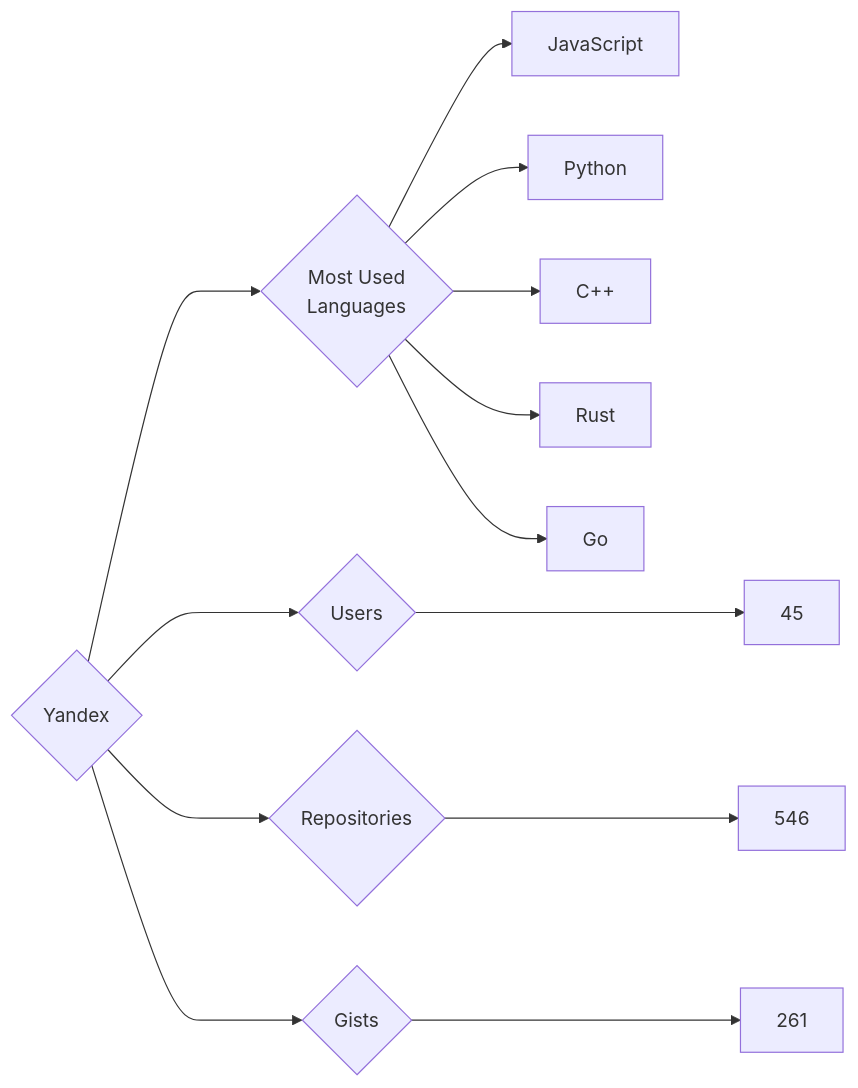
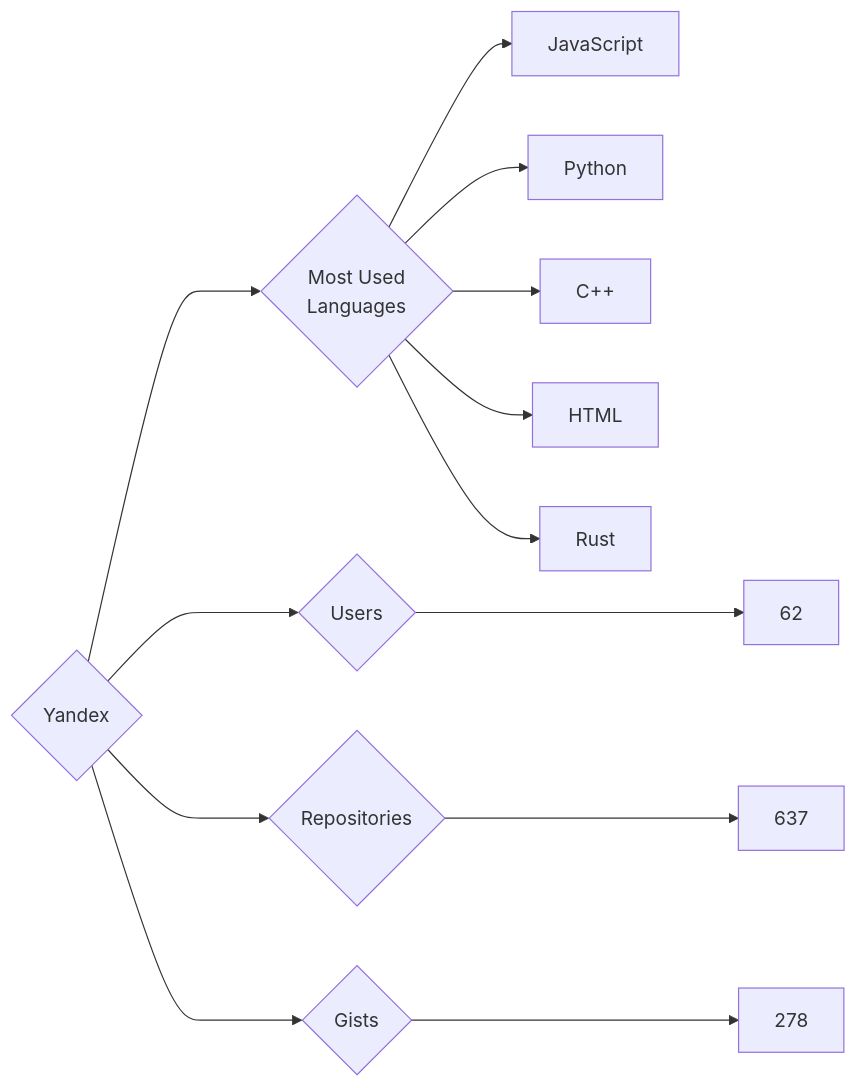
Before and after one commit to trickest/insiders: the diagram in targets/Yandex/README.md, drawn with Mermaid. The commit also changed 912 other files, not shown here.

````diff
--- a/targets/Yandex/README.md
+++ b/targets/Yandex/README.md
@@ -3,13 +3,13 @@
 ```mermaid
 graph LR
 COMPANY_NAME{Yandex}
-COMPANY_NAME ---> U{Users} ---> UN[45]
-COMPANY_NAME ---> R{Repositories} ---> RN[546]
-COMPANY_NAME ---> G{Gists} ---> GN[261]
+COMPANY_NAME ---> U{Users} ---> UN[62]
+COMPANY_NAME ---> R{Repositories} ---> RN[637]
+COMPANY_NAME ---> G{Gists} ---> GN[278]
 COMPANY_NAME ---> ML{Most Used<br>Languages}
 ML --> JavaScript[JavaScript]
 ML --> Python[Python]
 ML --> C++[C++]
+ML --> HTML[HTML]
 ML --> Rust[Rust]
-ML --> Go[Go]
 ```
````
